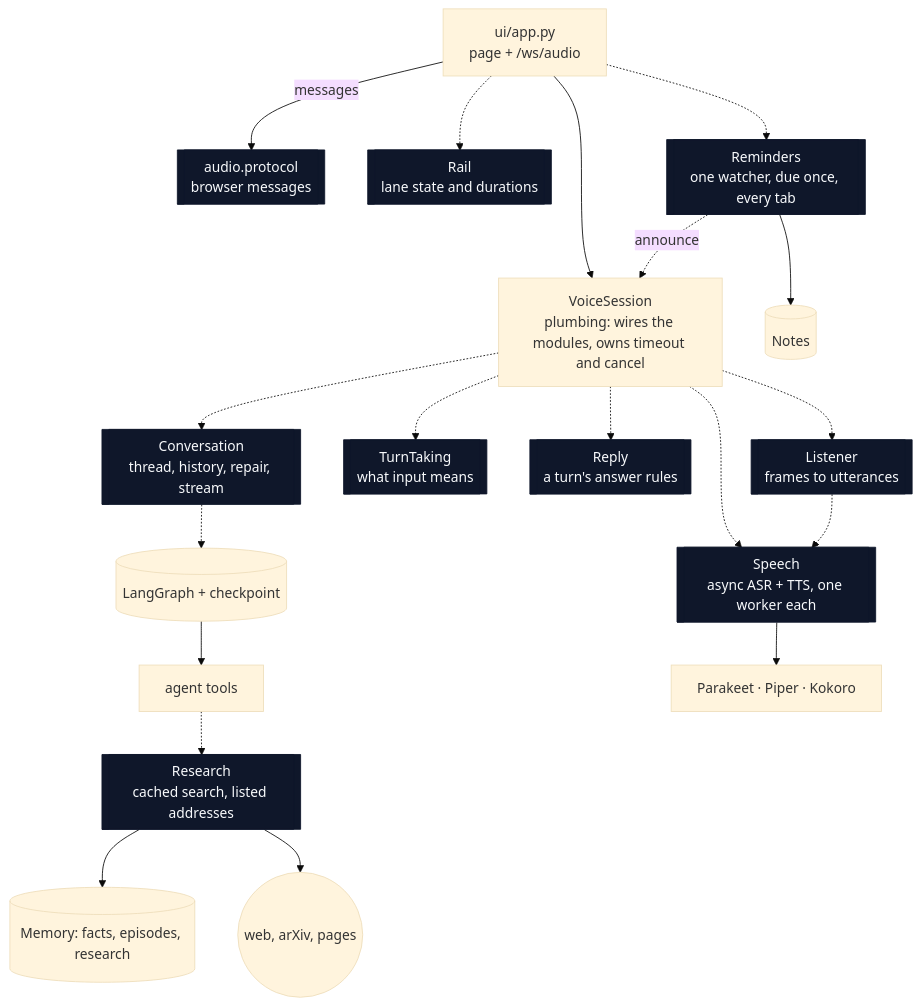
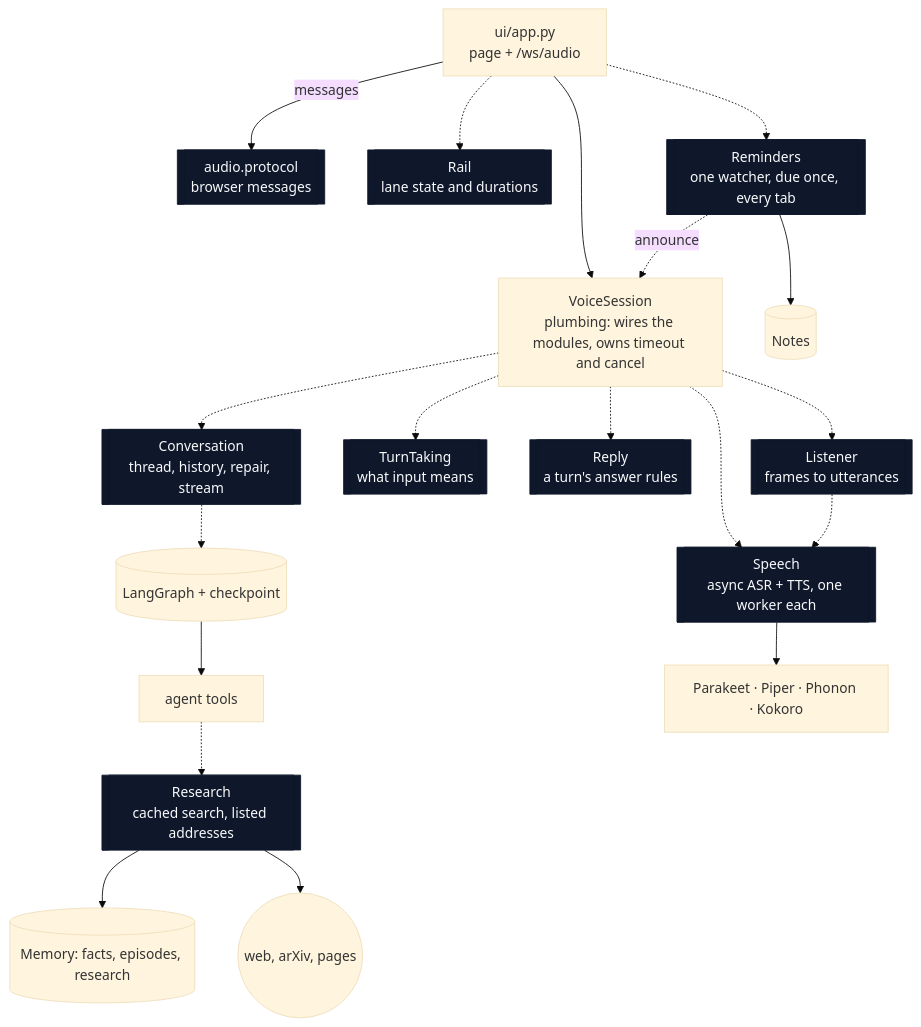
One commit to fodorad/voicemate changed the second of 8 diagrams in docs/architecture.md. Above: the diagram before and after it, drawn with Mermaid (base theme). The commit also changed other lines of this file and 8 other files, not shown here.

First line of the commit message:
feat(tts): phonon English voice, Kokoro stays selectable (#31)

````diff
--- a/docs/architecture.md
+++ b/docs/architecture.md
@@ -48,23 +48,23 @@
 ```mermaid
 flowchart TB
     UI[ui/app.py<br/>page + /ws/audio] -->|messages| PROTO[[audio.protocol<br/>browser messages]]
     UI -.-> RAIL[[Rail<br/>lane state and durations]]
     UI --> SESSION[VoiceSession<br/>plumbing: wires the modules, owns timeout and cancel]
     SESSION -.-> LISTEN[[Listener<br/>frames to utterances]]
     SESSION -.-> POLICY[[TurnTaking<br/>what input means]]
     SESSION -.-> REPLY[[Reply<br/>a turn's answer rules]]
     UI -.-> REMIND[[Reminders<br/>one watcher, due once, every tab]]
     REMIND -.->|announce| SESSION
     SESSION -.-> CONV[[Conversation<br/>thread, history, repair, stream]]
     SESSION -.-> SPEECH[[Speech<br/>async ASR + TTS, one worker each]]
     LISTEN -.-> SPEECH
     CONV -.-> GRAPH[(LangGraph + checkpoint)]
     GRAPH --> TOOLS[agent tools]
     TOOLS -.-> RESEARCH[[Research<br/>cached search, listed addresses]]
     RESEARCH --> MEM[(Memory: facts, episodes, research)]
     REMIND --> NOTES[(Notes)]
     RESEARCH --> NET((web, arXiv, pages))
-    SPEECH --> MODELS[Parakeet · Piper · Kokoro]
+    SPEECH --> MODELS[Parakeet · Piper · Phonon · Kokoro]
     classDef deep fill:#0f172a,color:#f8fafc,stroke:#0f172a;
     class POLICY,CONV,SPEECH,RESEARCH,PROTO,LISTEN,REPLY,REMIND,RAIL deep;
 ```
````
